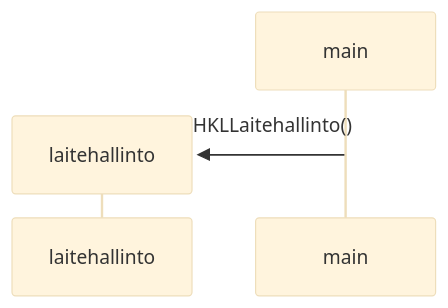
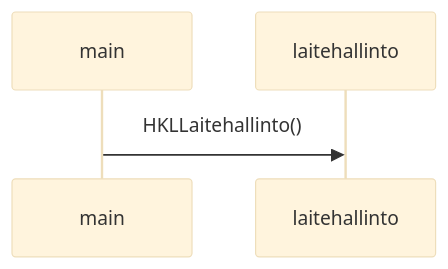
The diagram in laskarit/viikko3/HSL.md (maazjes/ohte), drawn with Mermaid (base theme) before and after one commit.

````diff
--- a/laskarit/viikko3/HSL.md
+++ b/laskarit/viikko3/HSL.md
@@ -1,5 +1,4 @@
 ```mermaid
 sequenceDiagram
-    create participant laitehallinto
     main->>laitehallinto: HKLLaitehallinto()
 ```
````
